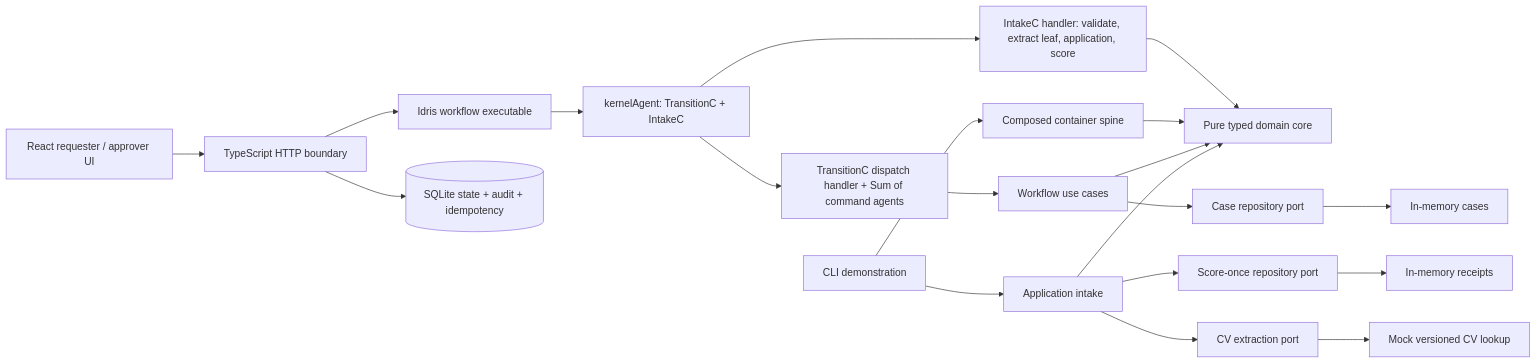
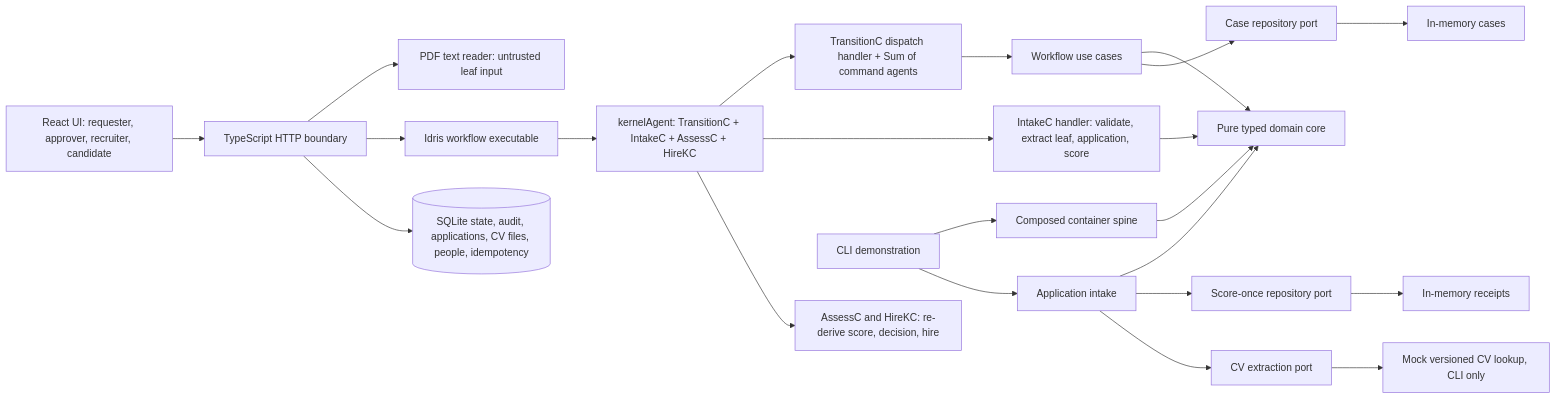
The diagram in docs/architecture.md (robertiannuzzo/agentic-kodamai), drawn with Mermaid before and after one commit. The commit also changed other lines of this file and 17 other files, not shown here.

````diff
--- a/docs/architecture.md
+++ b/docs/architecture.md
@@ -9,22 +9,24 @@
 ```mermaid
 flowchart LR
-  Web[React requester / approver UI] --> API[TypeScript HTTP boundary]
+  Web[React UI: requester, approver, recruiter, candidate] --> API[TypeScript HTTP boundary]
+  API --> PDF[PDF text reader: untrusted leaf input]
   API --> Worker[Idris workflow executable]
-  Worker --> Kernel[kernelAgent: TransitionC + IntakeC]
+  Worker --> Kernel[kernelAgent: TransitionC + IntakeC + AssessC + HireKC]
   Kernel --> Transition[TransitionC dispatch handler + Sum of command agents]
   Kernel --> IntakeChain[IntakeC handler: validate, extract leaf, application, score]
+  Kernel --> Decisions[AssessC and HireKC: re-derive score, decision, hire]
   Transition --> Workflow[Workflow use cases]
   IntakeChain --> Core
-  API --> SQLite[(SQLite state + audit + idempotency)]
+  API --> SQLite[(SQLite state, audit, applications, CV files, people, idempotency)]
   CLI[CLI demonstration] --> Spine[Composed container spine]
   Spine --> Core[Pure typed domain core]
   CLI --> Intake[Application intake]
   Workflow --> Core
   Intake --> Core
   Workflow --> Cases[Case repository port]
   Intake --> Scores[Score-once repository port]
   Intake --> Extractor[CV extraction port]
   Cases --> CaseMemory[In-memory cases]
   Scores --> Memory[In-memory receipts]
-  Extractor --> Mock[Mock versioned CV lookup]
+  Extractor --> Mock[Mock versioned CV lookup, CLI only]
 ```
````
